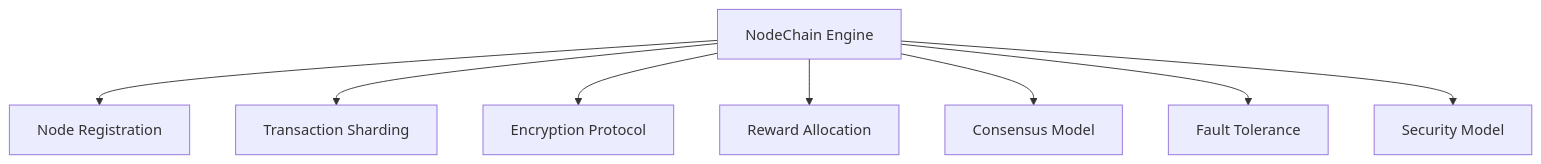
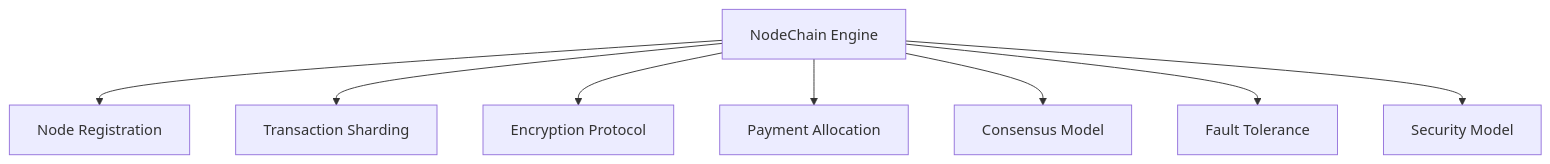
One commit to Aros-Technology-Studio/AST-Aros-Financial-Paradigm changed the third of 15 diagrams in architecture_diagrams.md. Above: the diagram before and after it, drawn with Mermaid. The commit also changed other lines of this file and 29 other files, not shown here.

````diff
--- a/architecture_diagrams.md
+++ b/architecture_diagrams.md
@@ -36,11 +36,11 @@
 ```mermaid
 graph TD
   A[NodeChain Engine]
   A --> B[Node Registration]
   A --> C[Transaction Sharding]
   A --> D[Encryption Protocol]
-  A --> E[Reward Allocation]
+  A --> E[Payment Allocation]
   A --> F[Consensus Model]
   A --> G[Fault Tolerance]
   A --> H[Security Model]
 ```
````
